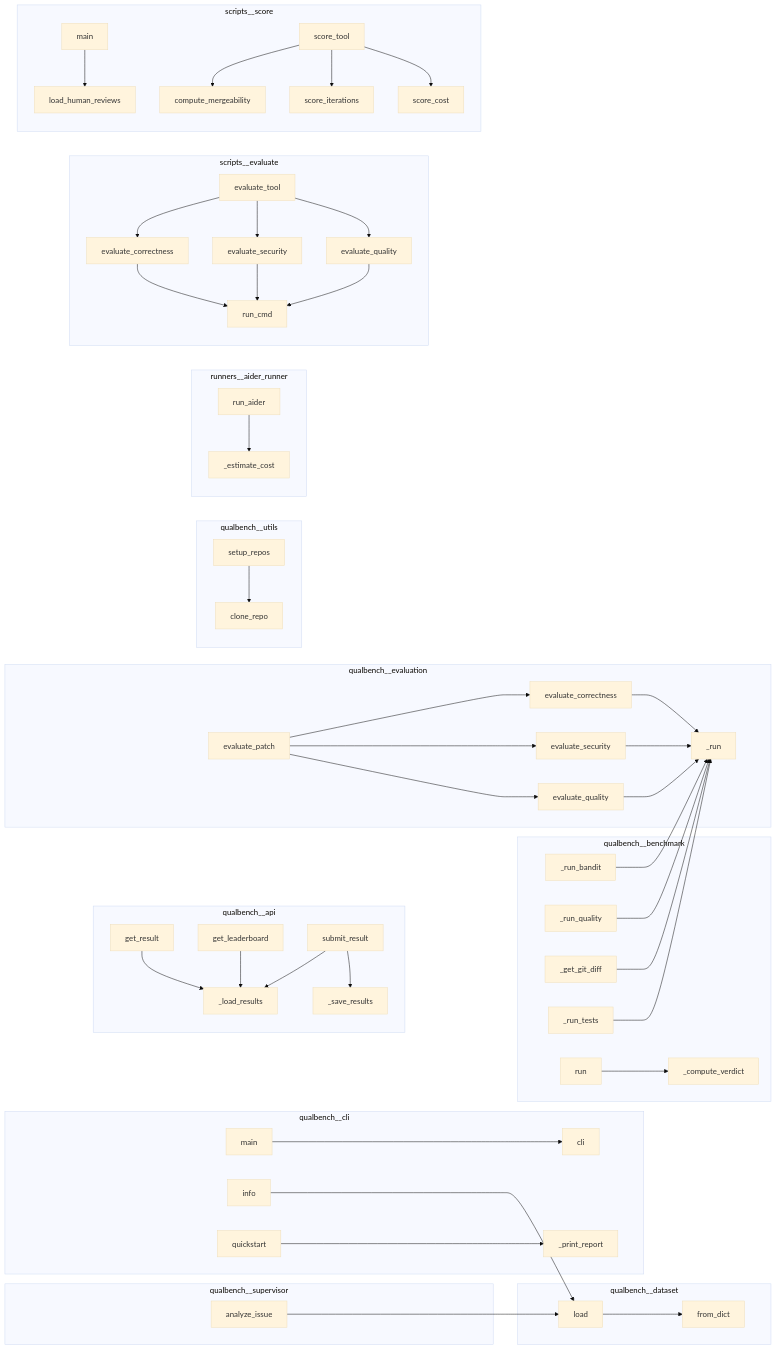
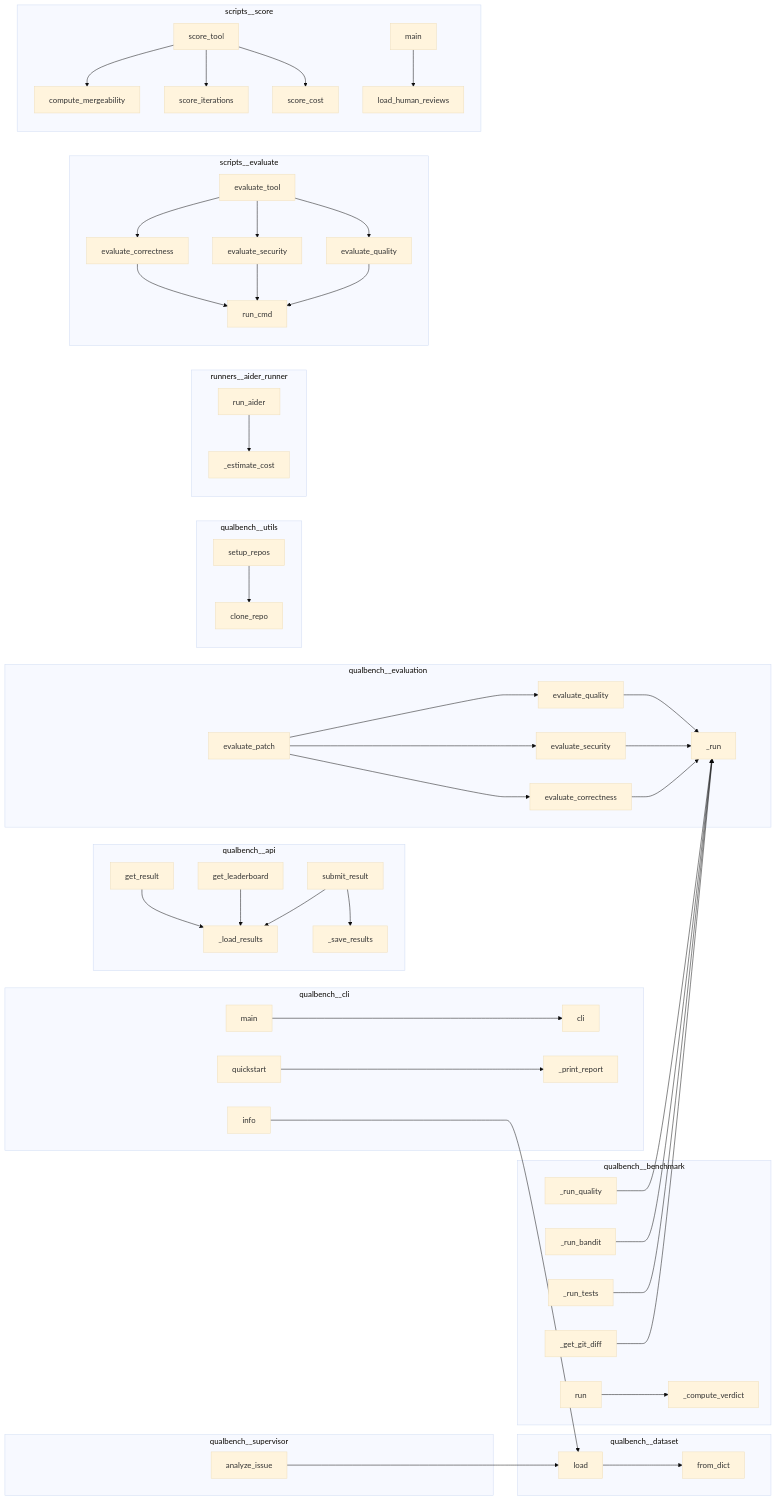
Before and after one commit to semcod/qualbench: the diagram in project/calls.mmd, drawn with Mermaid (base theme). The commit also changed other lines of this file and 7 other files, not shown here.

```diff
--- a/project/calls.mmd
+++ b/project/calls.mmd
@@ -1,92 +1,92 @@
 flowchart LR
     subgraph qualbench__api
-        qualbench__api___load_results["_load_results"]
+        qualbench__api__get_leaderboard["get_leaderboard"]
         qualbench__api__get_result["get_result"]
         qualbench__api___save_results["_save_results"]
-        qualbench__api__get_leaderboard["get_leaderboard"]
+        qualbench__api___load_results["_load_results"]
         qualbench__api__submit_result["submit_result"]
     end
     subgraph qualbench__benchmark
+        qualbench__benchmark__QualBenchRunner__run["run"]
+        qualbench__benchmark__QualBenchRunner___run_tests["_run_tests"]
+        qualbench__benchmark__QualBenchRunner___get_git_diff["_get_git_diff"]
+        qualbench__benchmark__QualBenchRunner___run_quality["_run_quality"]
         qualbench__benchmark__QualBenchRunner___run_bandit["_run_bandit"]
-        qualbench__benchmark__QualBenchRunner___run_quality["_run_quality"]
         qualbench__benchmark___compute_verdict["_compute_verdict"]
-        qualbench__benchmark__QualBenchRunner___get_git_diff["_get_git_diff"]
-        qualbench__benchmark__QualBenchRunner___run_tests["_run_tests"]
-        qualbench__benchmark__QualBenchRunner__run["run"]
     end
     subgraph qualbench__cli
         qualbench__cli__cli["cli"]
+        qualbench__cli__info["info"]
         qualbench__cli__main["main"]
+        qualbench__cli__quickstart["quickstart"]
         qualbench__cli___print_report["_print_report"]
-        qualbench__cli__info["info"]
-        qualbench__cli__quickstart["quickstart"]
     end
     subgraph qualbench__dataset
         qualbench__dataset__Dataset__load["load"]
         qualbench__dataset__Issue__from_dict["from_dict"]
     end
     subgraph qualbench__evaluation
+        qualbench__evaluation__evaluate_quality["evaluate_quality"]
+        qualbench__evaluation__evaluate_correctness["evaluate_correctness"]
+        qualbench__evaluation__evaluate_security["evaluate_security"]
+        qualbench__evaluation___run["_run"]
         qualbench__evaluation__evaluate_patch["evaluate_patch"]
-        qualbench__evaluation__evaluate_correctness["evaluate_correctness"]
-        qualbench__evaluation__evaluate_quality["evaluate_quality"]
-        qualbench__evaluation___run["_run"]
-        qualbench__evaluation__evaluate_security["evaluate_security"]
     end
     subgraph qualbench__supervisor
         qualbench__supervisor__SupervisorAI__analyze_issue["analyze_issue"]
     end
     subgraph qualbench__utils
+        qualbench__utils__repos__clone_repo["clone_repo"]
         qualbench__utils__repos__setup_repos["setup_repos"]
-        qualbench__utils__repos__clone_repo["clone_repo"]
     end
     subgraph runners__aider_runner
         runners__aider_runner__run_aider["run_aider"]
         runners__aider_runner___estimate_cost["_estimate_cost"]
     end
     subgraph scripts__evaluate
-        scripts__evaluate__evaluate_tool["evaluate_tool"]
         scripts__evaluate__evaluate_correctness["evaluate_correctness"]
-        scripts__evaluate__evaluate_quality["evaluate_quality"]
         scripts__evaluate__evaluate_security["evaluate_security"]
         scripts__evaluate__run_cmd["run_cmd"]
+        scripts__evaluate__evaluate_tool["evaluate_tool"]
+        scripts__evaluate__evaluate_quality["evaluate_quality"]
     end
     subgraph scripts__score
-        scripts__score__load_human_reviews["load_human_reviews"]
-        scripts__score__score_tool["score_tool"]
         scripts__score__main["main"]
         scripts__score__compute_mergeability["compute_mergeability"]
+        scripts__score__score_iterations["score_iterations"]
         scripts__score__score_cost["score_cost"]
-        scripts__score__score_iterations["score_iterations"]
+        scripts__score__score_tool["score_tool"]
+        scripts__score__load_human_reviews["load_human_reviews"]
     end
     qualbench__cli__quickstart --> qualbench__cli___print_report
     qualbench__cli__info --> qualbench__dataset__Dataset__load
     qualbench__cli__main --> qualbench__cli__cli
     qualbench__supervisor__SupervisorAI__analyze_issue --> qualbench__dataset__Dataset__load
     qualbench__utils__repos__setup_repos --> qualbench__utils__repos__clone_repo
     qualbench__dataset__Dataset__load --> qualbench__dataset__Issue__from_dict
     qualbench__evaluation__evaluate_correctness --> qualbench__evaluation___run
     qualbench__evaluation__evaluate_security --> qualbench__evaluation___run
     qualbench__evaluation__evaluate_quality --> qualbench__evaluation___run
     qualbench__evaluation__evaluate_patch --> qualbench__evaluation__evaluate_correctness
     qualbench__evaluation__evaluate_patch --> qualbench__evaluation__evaluate_security
     qualbench__evaluation__evaluate_patch --> qualbench__evaluation__evaluate_quality
     scripts__evaluate__evaluate_correctness --> scripts__evaluate__run_cmd
     scripts__evaluate__evaluate_security --> scripts__evaluate__run_cmd
     scripts__evaluate__evaluate_quality --> scripts__evaluate__run_cmd
     scripts__evaluate__evaluate_tool --> scripts__evaluate__evaluate_correctness
     scripts__evaluate__evaluate_tool --> scripts__evaluate__evaluate_security
     scripts__evaluate__evaluate_tool --> scripts__evaluate__evaluate_quality
     scripts__score__score_tool --> scripts__score__compute_mergeability
     scripts__score__score_tool --> scripts__score__score_iterations
     scripts__score__score_tool --> scripts__score__score_cost
     scripts__score__main --> scripts__score__load_human_reviews
     runners__aider_runner__run_aider --> runners__aider_runner___estimate_cost
     qualbench__benchmark__QualBenchRunner__run --> qualbench__benchmark___compute_verdict
     qualbench__benchmark__QualBenchRunner___get_git_diff --> qualbench__evaluation___run
     qualbench__benchmark__QualBenchRunner___run_tests --> qualbench__evaluation___run
     qualbench__benchmark__QualBenchRunner___run_bandit --> qualbench__evaluation___run
     qualbench__benchmark__QualBenchRunner___run_quality --> qualbench__evaluation___run
     qualbench__api__submit_result --> qualbench__api___load_results
     qualbench__api__submit_result --> qualbench__api___save_results
     qualbench__api__get_leaderboard --> qualbench__api___load_results
     qualbench__api__get_result --> qualbench__api___load_results
```
